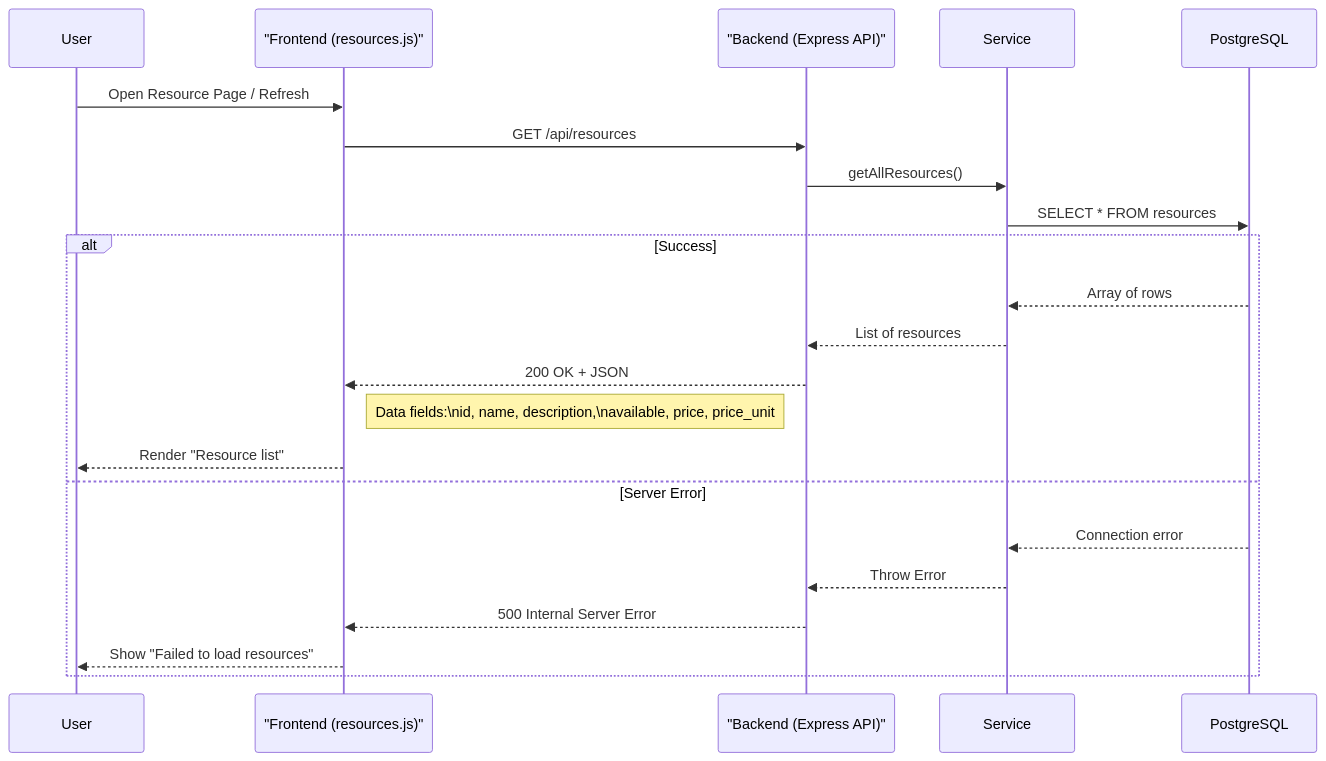
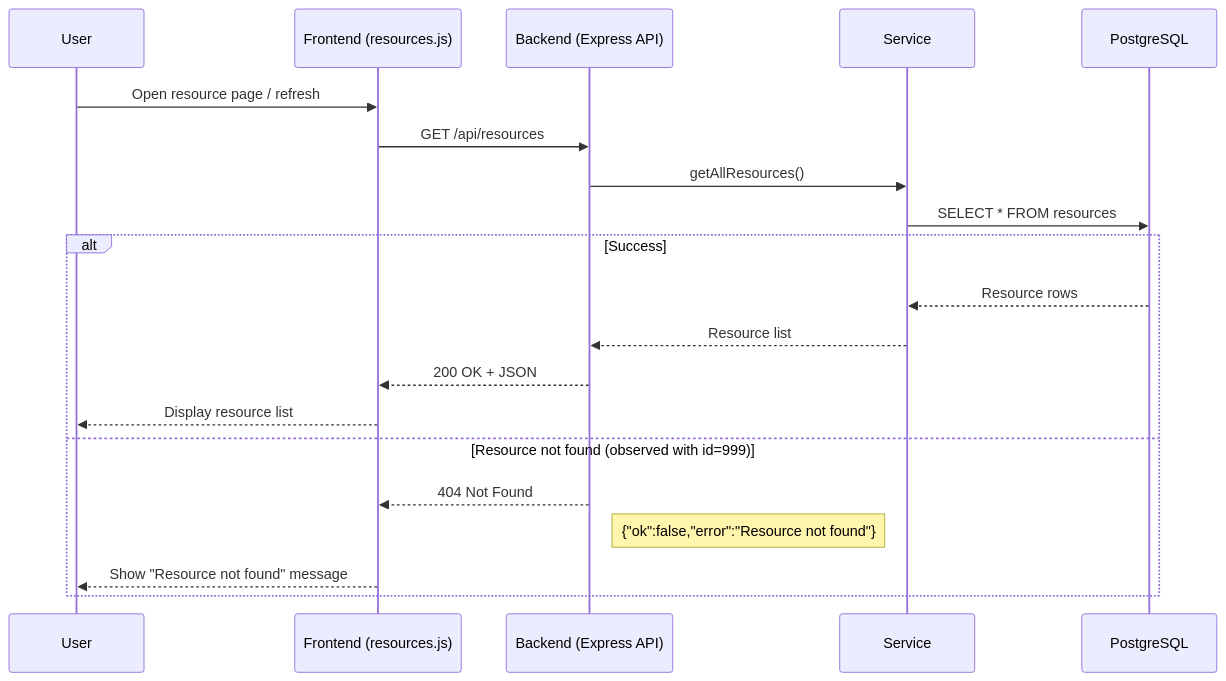
Before and after one commit to Mikko-Saari/WebkehitADV-testi: the second of 4 diagrams in BookingSystemPhase6/Mermaid.md, drawn with Mermaid. The commit also changed other lines of this file, not shown here.

Commit message:
Korjattu aikasempi väärä mermaid

````diff
--- a/BookingSystemPhase6/Mermaid.md
+++ b/BookingSystemPhase6/Mermaid.md
@@ -31,29 +41,27 @@
 ```mermaid
 sequenceDiagram
     participant User
-    participant Frontend_resources as "Frontend (resources.js)"
-    participant Backend_API as "Backend (Express API)"
+    participant Frontend (resources.js)
+    participant Backend (Express API)
     participant Service
     participant PostgreSQL
 
-    User->>Frontend_resources: Open Resource Page / Refresh
-    Frontend_resources->>Backend_API: GET /api/resources
+    User->>Frontend (resources.js): Open resource page / refresh
+    Frontend (resources.js)->>Backend (Express API): GET /api/resources
 
-    Backend_API->>Service: getAllResources()
+    Backend (Express API)->>Service: getAllResources()
     Service->>PostgreSQL: SELECT * FROM resources
 
     alt Success
-        PostgreSQL-->>Service: Array of rows
-        Service-->>Backend_API: List of resources
-        Backend_API-->>Frontend_resources: 200 OK + JSON
+        PostgreSQL-->>Service: Resource rows
+        Service-->>Backend (Express API): Resource list
+        Backend (Express API)-->>Frontend (resources.js): 200 OK + JSON
+        Frontend (resources.js)-->>User: Display resource list
 
-        Note right of Frontend_resources: Data fields:\nid, name, description,\navailable, price, price_unit
+    else Resource not found (observed with id=999)
+        Backend (Express API)-->>Frontend (resources.js): 404 Not Found
+        Note right of Backend (Express API): {"ok":false,"error":"Resource not found"}
+        Frontend (resources.js)-->>User: Show "Resource not found" message
 
-        Frontend_resources-->>User: Render "Resource list"
-    else Server Error
-        PostgreSQL-->>Service: Connection error
-        Service-->>Backend_API: Throw Error
-        Backend_API-->>Frontend_resources: 500 Internal Server Error
-        Frontend_resources-->>User: Show "Failed to load resources"
     end
 ```
````
